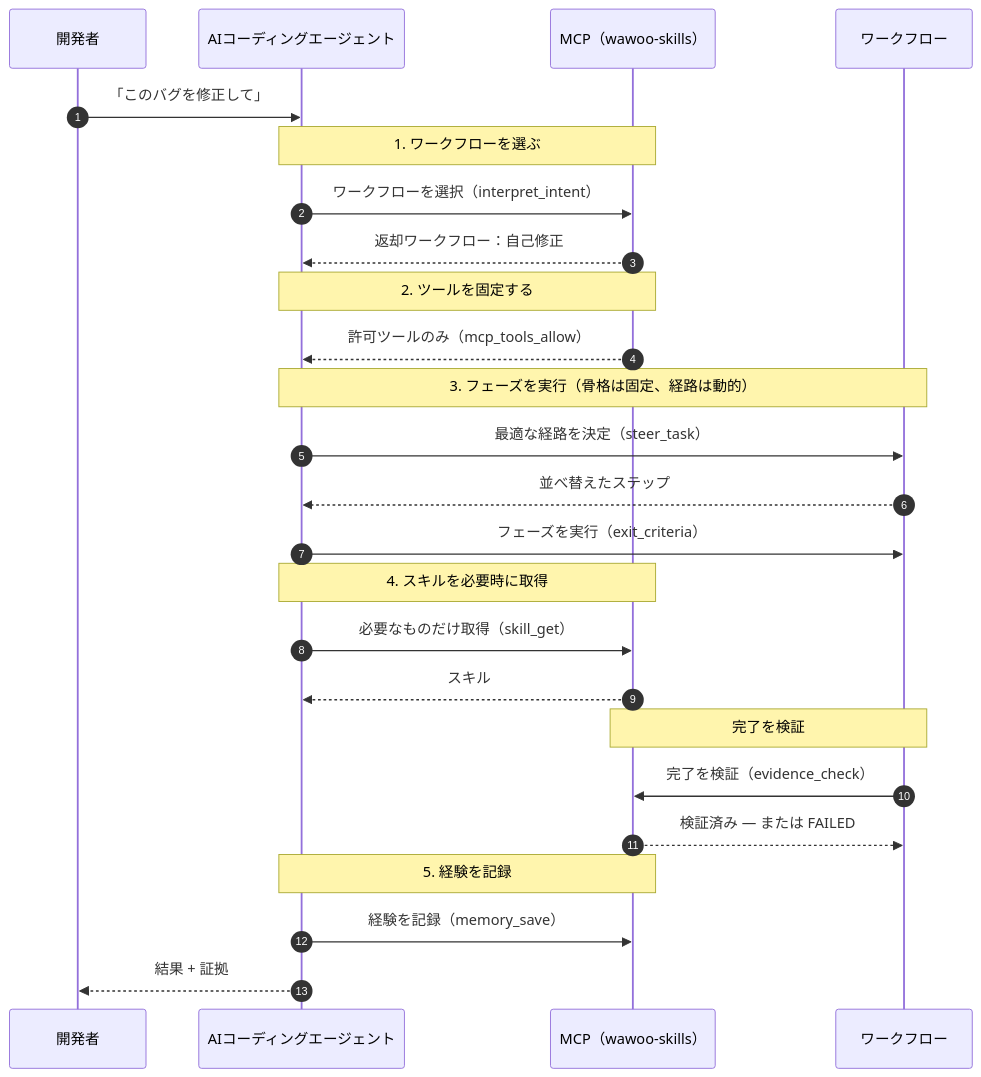
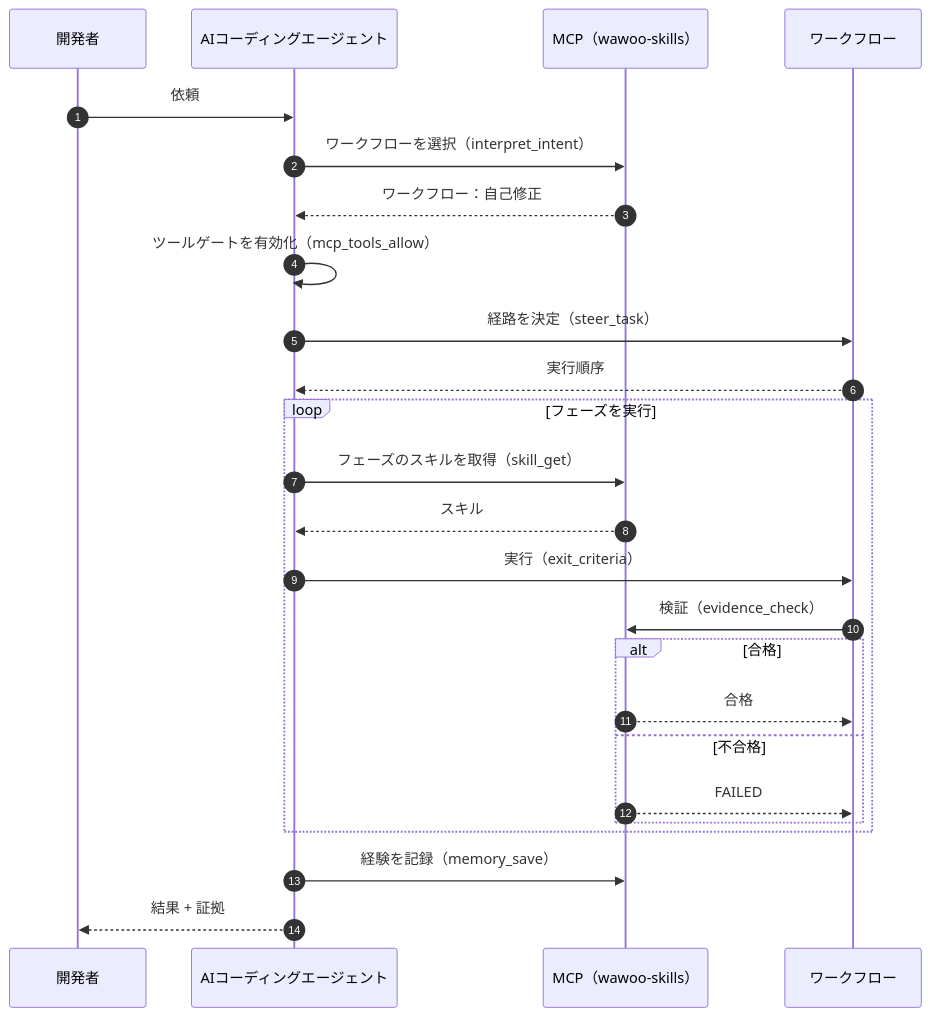
The diagram in README.ja.md (parkwoo/wawoo-agent-skills), drawn with Mermaid before and after one commit. The commit also changed 3 other files, not shown here.

Commit message:
docs: rewrite the sequence diagram as a clean request/reply with loop + alt (drop redundant notes)

````diff
--- a/README.ja.md
+++ b/README.ja.md
@@ -62,27 +62,27 @@
 ```mermaid
 sequenceDiagram
     autonumber
     participant U as 開発者
     participant A as AIコーディングエージェント
     participant M as MCP（wawoo-skills）
     participant W as ワークフロー
-    U->>A: 「このバグを修正して」
-    Note over A,M: 1. ワークフローを選ぶ
+    U->>A: 依頼
     A->>M: ワークフローを選択（interpret_intent）
-    M-->>A: 返却ワークフロー：自己修正
-    Note over A,M: 2. ツールを固定する
-    M-->>A: 許可ツールのみ（mcp_tools_allow）
-    Note over A,W: 3. フェーズを実行（骨格は固定、経路は動的）
-    A->>W: 最適な経路を決定（steer_task）
-    W-->>A: 並べ替えたステップ
-    A->>W: フェーズを実行（exit_criteria）
-    Note over A,M: 4. スキルを必要時に取得
-    A->>M: 必要なものだけ取得（skill_get）
-    M-->>A: スキル
-    Note over W,M: 完了を検証
-    W->>M: 完了を検証（evidence_check）
-    M-->>W: 検証済み — または FAILED
-    Note over A,M: 5. 経験を記録
+    M-->>A: ワークフロー：自己修正
+    A->>A: ツールゲートを有効化（mcp_tools_allow）
+    A->>W: 経路を決定（steer_task）
+    W-->>A: 実行順序
+    loop フェーズを実行
+        A->>M: フェーズのスキルを取得（skill_get）
+        M-->>A: スキル
+        A->>W: 実行（exit_criteria）
+        W->>M: 検証（evidence_check）
+        alt 合格
+            M-->>W: 合格
+        else 不合格
+            M-->>W: FAILED
+        end
+    end
     A->>M: 経験を記録（memory_save）
     A-->>U: 結果 + 証拠
 ```
````
